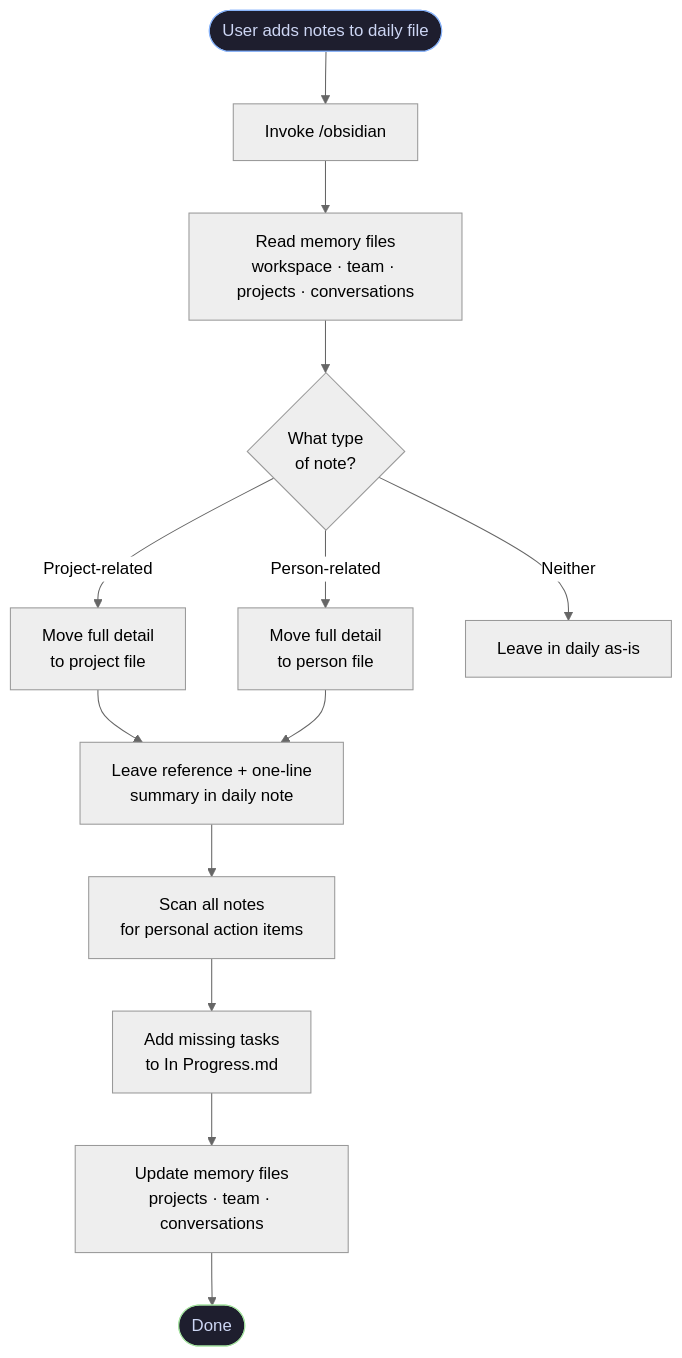
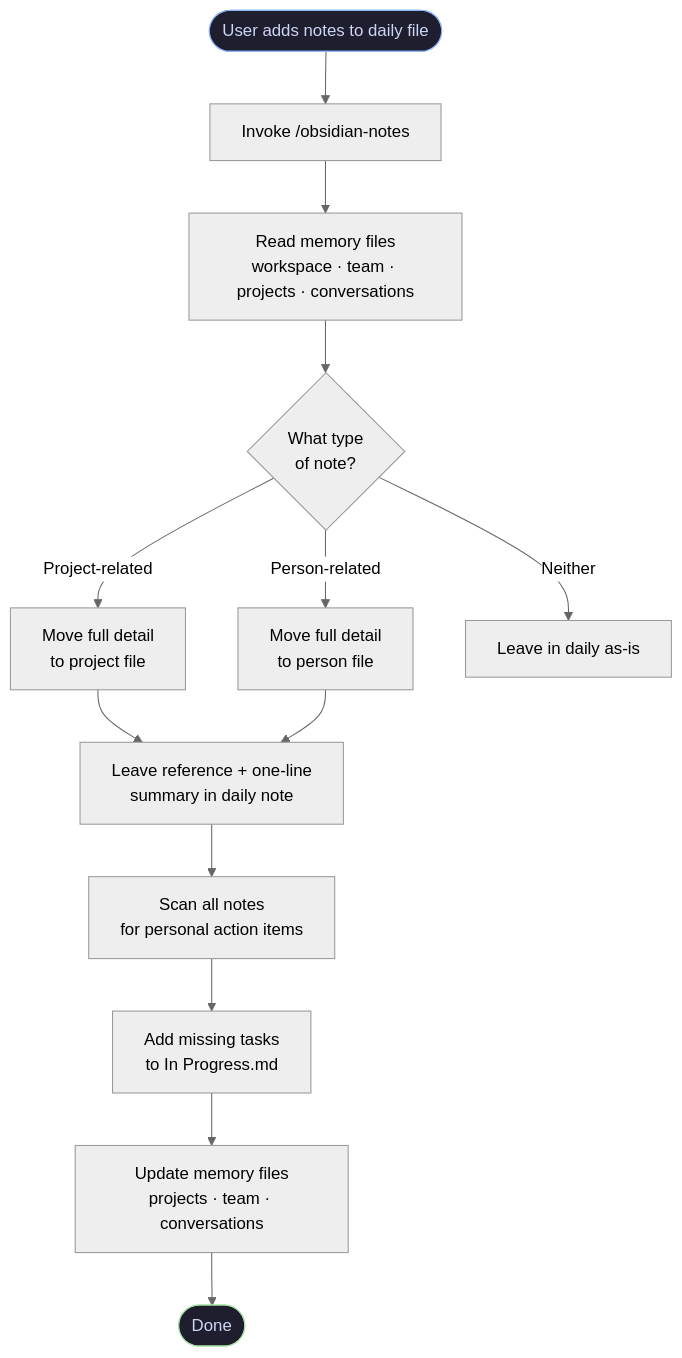
Before and after one commit to asaeed/obsidian-notes-skill: the diagram in README.md, drawn with Mermaid (neutral theme). The commit also changed other lines of this file and 1 other file, not shown here.

First line of the commit message:
docs: rename skill from /obsidian to /obsidian-notes

````diff
--- a/README.md
+++ b/README.md
@@ -9,23 +9,23 @@
 ```mermaid
 flowchart TD
-    A([User adds notes to daily file]) --> B[Invoke /obsidian]
+    A([User adds notes to daily file]) --> B[Invoke /obsidian-notes]
     B --> C[Read memory files\nworkspace · team · projects · conversations]
 
     C --> D{What type\nof note?}
 
     D -->|Project-related| E[Move full detail\nto project file]
     D -->|Person-related| F[Move full detail\nto person file]
     D -->|Neither| G[Leave in daily as-is]
 
     E --> H[Leave reference + one-line\nsummary in daily note]
     F --> H
 
     H --> I[Scan all notes\nfor personal action items]
     I --> J[Add missing tasks\nto In Progress.md]
 
     J --> K[Update memory files\nprojects · team · conversations]
     K --> L([Done])
 
     style A fill:#1e1e2e,color:#cdd6f4,stroke:#89b4fa
     style L fill:#1e1e2e,color:#cdd6f4,stroke:#a6e3a1
 ```
````
